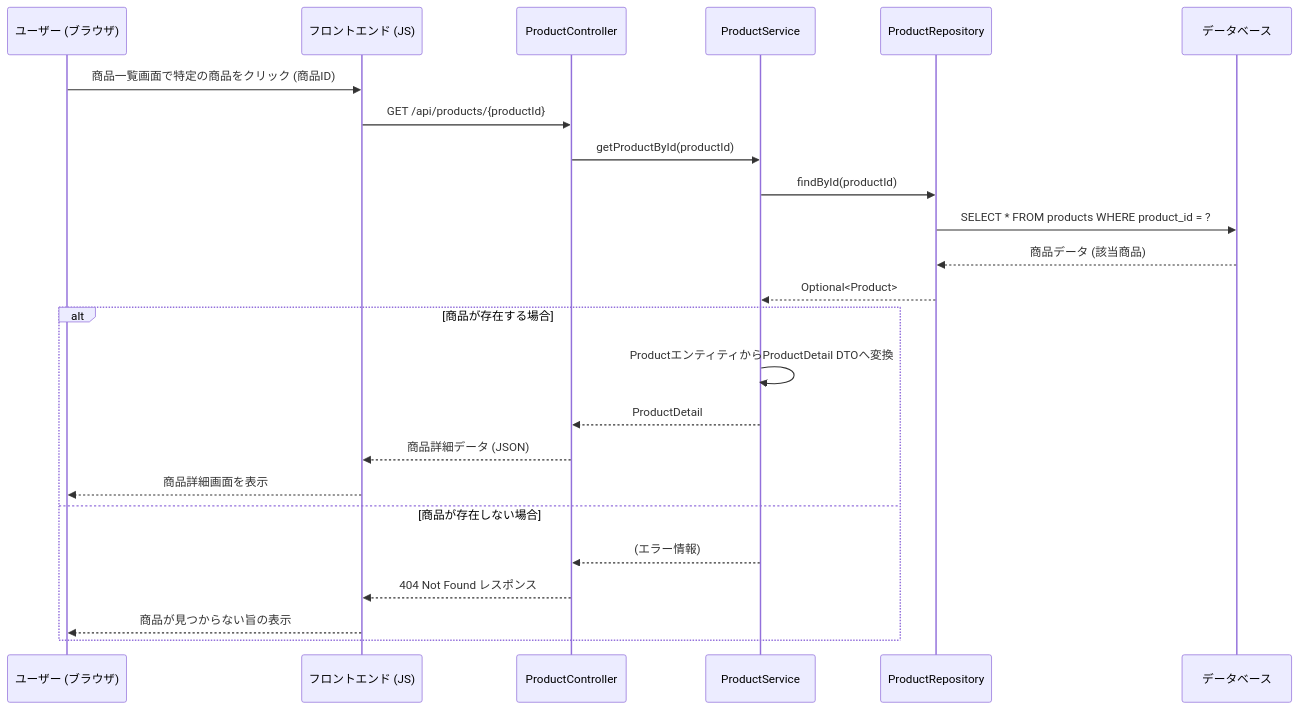
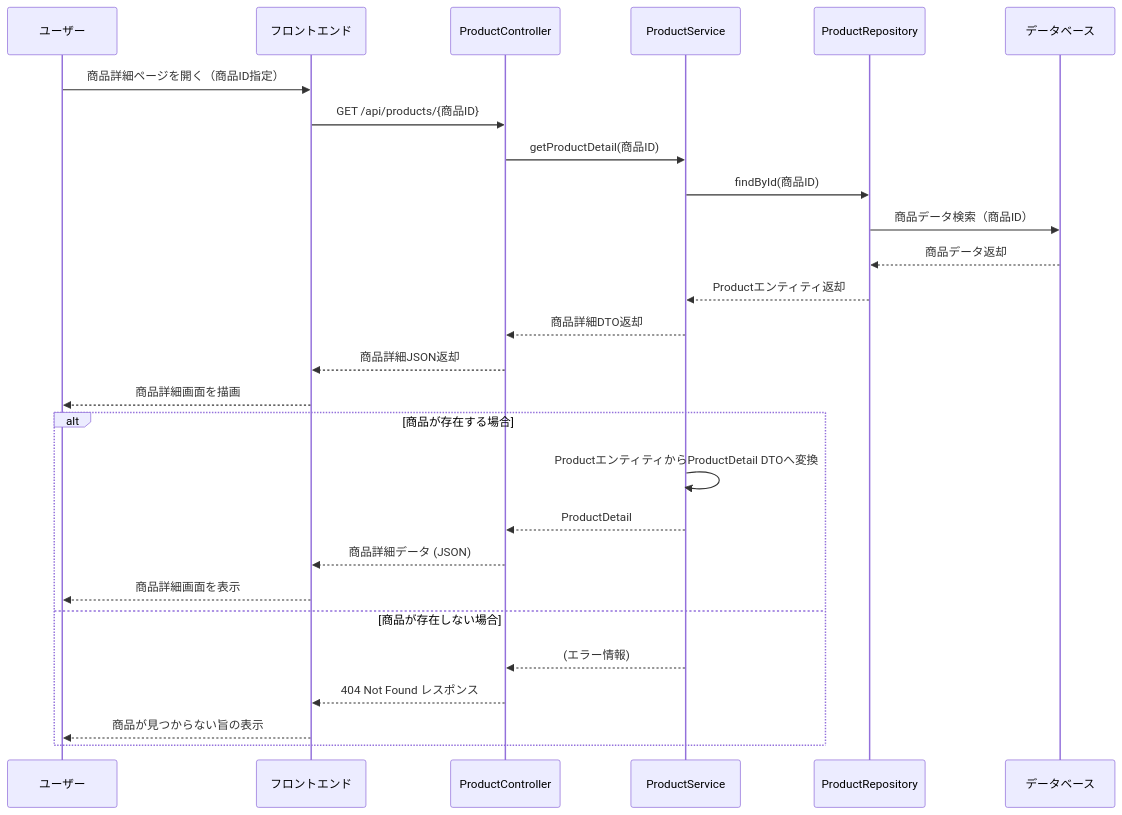
Before and after one commit to Aoi-Yaegashi/teamF: the second of 28 diagrams in 詳細設計/担当B_村田/3.2 機能詳細.md, drawn with Mermaid. The commit also changed other lines of this file and 1 other file, not shown here.

```diff
--- a/詳細設計/担当B_村田/3.2 機能詳細.md
+++ b/詳細設計/担当B_村田/3.2 機能詳細.md
@@ -39,27 +34,30 @@
-<div class="mermaid">
+   <div class="mermaid">
 sequenceDiagram
-    participant User as ユーザー (ブラウザ)
-    participant FE as フロントエンド (JS)
-    participant ProductController
-    participant ProductService
-    participant ProductRepository
+    participant User as ユーザー
+    participant Browser as フロントエンド
+    participant Controller as ProductController
+    participant Service as ProductService
+    participant Repo as ProductRepository
     participant DB as データベース
 
-    User->>FE: 商品一覧画面で特定の商品をクリック (商品ID)
-    FE->>ProductController: GET /api/products/{productId}
-    ProductController->>ProductService: getProductById(productId)
-    ProductService->>ProductRepository: findById(productId)
-    ProductRepository->>DB: SELECT * FROM products WHERE product_id = ?
-    DB-->>ProductRepository: 商品データ (該当商品)
-    ProductRepository-->>ProductService: Optional<Product>
+    User->>Browser: 商品詳細ページを開く（商品ID指定）
+    Browser->>Controller: GET /api/products/{商品ID}
+    Controller->>Service: getProductDetail(商品ID)
+    Service->>Repo: findById(商品ID)
+    Repo->>DB: 商品データ検索（商品ID）
+    DB-->>Repo: 商品データ返却
+    Repo-->>Service: Productエンティティ返却
+    Service-->>Controller: 商品詳細DTO返却
+    Controller-->>Browser: 商品詳細JSON返却
+    Browser-->>User: 商品詳細画面を描画
     alt 商品が存在する場合
-        ProductService->>ProductService: ProductエンティティからProductDetail DTOへ変換
-        ProductService-->>ProductController: ProductDetail
-        ProductController-->>FE: 商品詳細データ (JSON)
-        FE-->>User: 商品詳細画面を表示
+        Service->>Service: ProductエンティティからProductDetail DTOへ変換
+        Service-->>Controller: ProductDetail
+        Controller-->>Browser: 商品詳細データ (JSON)
+        Browser-->>User: 商品詳細画面を表示
     else 商品が存在しない場合
-        ProductService-->>ProductController: (エラー情報)
-        ProductController-->>FE: 404 Not Found レスポンス
-        FE-->>User: 商品が見つからない旨の表示
+        Service-->>Controller: (エラー情報)
+        Controller-->>Browser: 404 Not Found レスポンス
+        Browser-->>User: 商品が見つからない旨の表示
     end
 </div>
```
